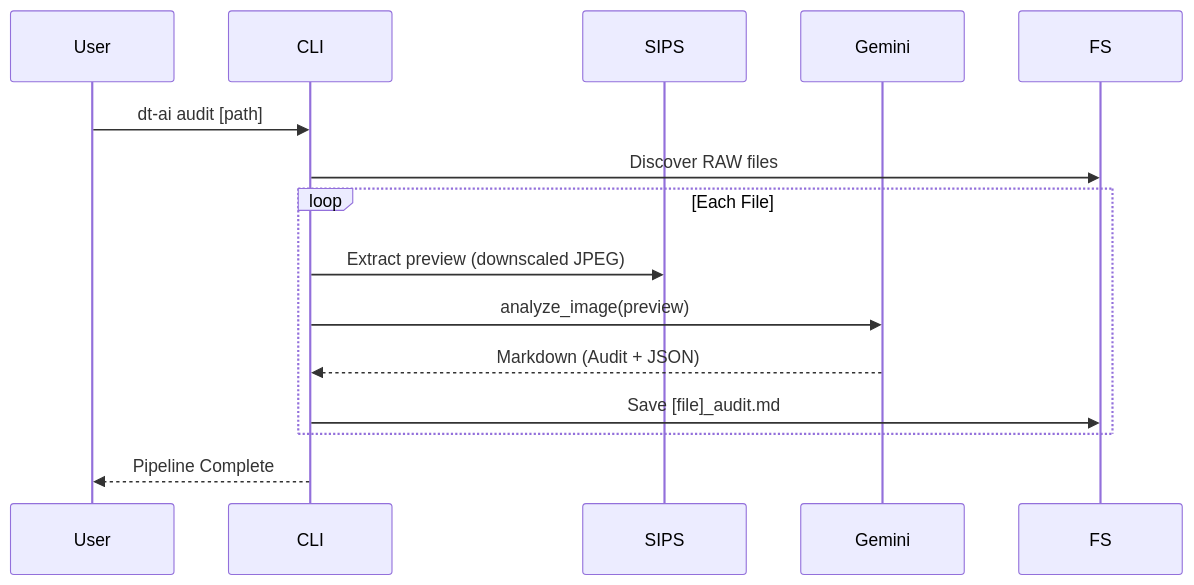
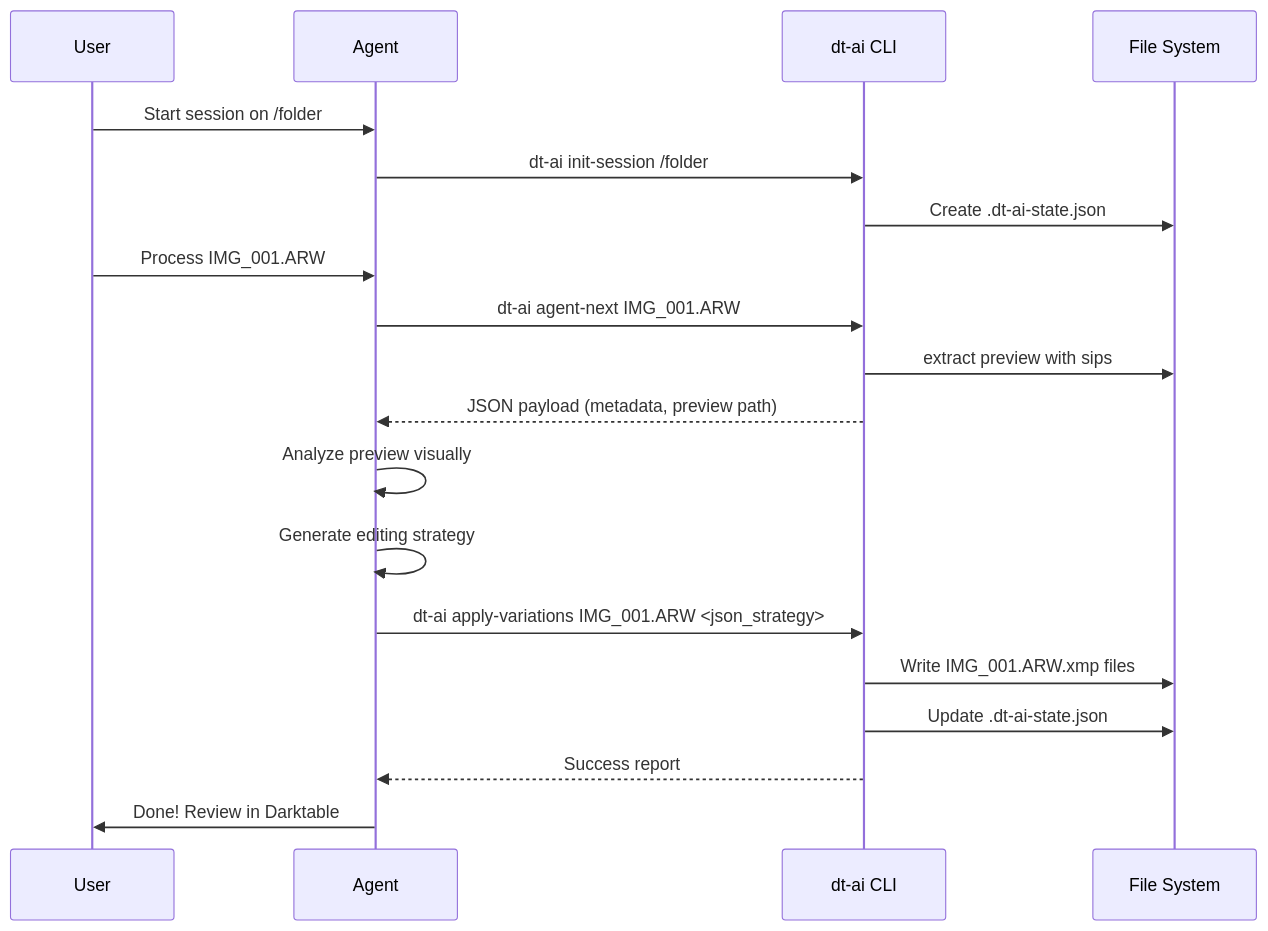
One commit to sharmask7777/genai-assisted-darktable changed the diagram in .agents/summary/workflows.md. Above: the diagram before and after it, drawn with Mermaid. The commit also changed other lines of this file and 10 other files, not shown here.

````diff
--- a/.agents/summary/workflows.md
+++ b/.agents/summary/workflows.md
@@ -6,18 +7,26 @@
 ```mermaid
 sequenceDiagram
     participant User
-    participant CLI
-    participant SIPS
-    participant Gemini
-    participant FS
-
-    User->>CLI: dt-ai audit [path]
-    CLI->>FS: Discover RAW files
-    loop Each File
-        CLI->>SIPS: Extract preview (downscaled JPEG)
-        CLI->>Gemini: analyze_image(preview)
-        Gemini-->>CLI: Markdown (Audit + JSON)
-        CLI->>FS: Save [file]_audit.md
-    end
-    CLI-->>User: Pipeline Complete
+    participant Agent
+    participant DTAI as dt-ai CLI
+    participant FS as File System
+    
+    User->>Agent: Start session on /folder
+    Agent->>DTAI: dt-ai init-session /folder
+    DTAI->>FS: Create .dt-ai-state.json
+    
+    User->>Agent: Process IMG_001.ARW
+    Agent->>DTAI: dt-ai agent-next IMG_001.ARW
+    DTAI->>FS: extract preview with sips
+    DTAI-->>Agent: JSON payload (metadata, preview path)
+    
+    Agent->>Agent: Analyze preview visually
+    Agent->>Agent: Generate editing strategy
+    
+    Agent->>DTAI: dt-ai apply-variations IMG_001.ARW <json_strategy>
+    DTAI->>FS: Write IMG_001.ARW.xmp files
+    DTAI->>FS: Update .dt-ai-state.json
+    DTAI-->>Agent: Success report
+    
+    Agent->>User: Done! Review in Darktable
 ```
````
